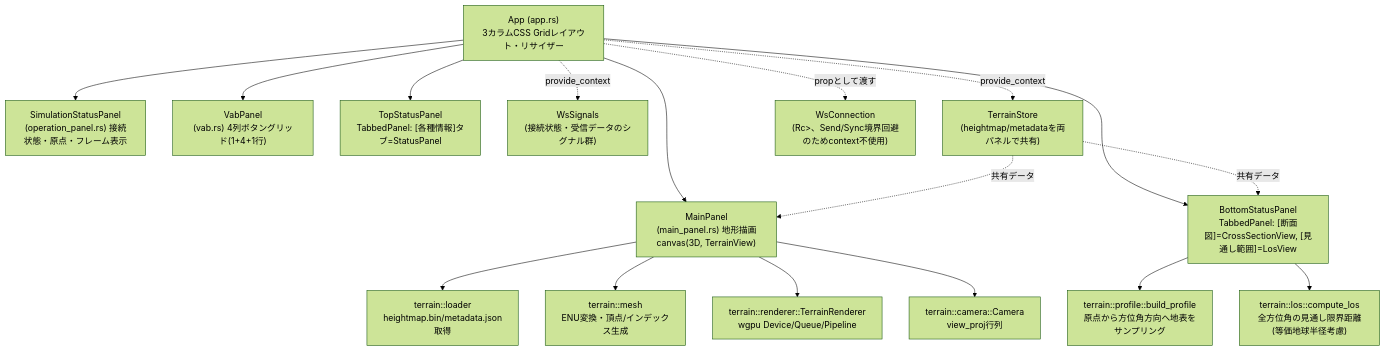
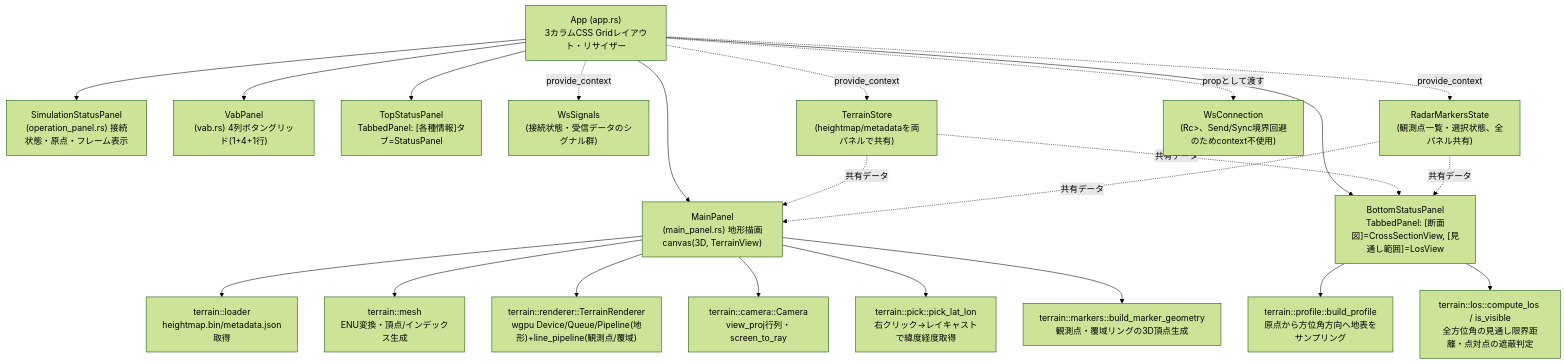
One commit to ham1a6/SimulationView changed the ninth of 17 diagrams in DETAILED_DESIGN.md. Above: the diagram before and after it, drawn with Mermaid (forest theme). The commit also changed other lines of this file and 16 other files, not shown here.

First line of the commit message:
見通し範囲をタブでの手入力から地図上の右クリック追加方式に再設計、断面図に覆域表示を追加

````diff
--- a/DETAILED_DESIGN.md
+++ b/DETAILED_DESIGN.md
@@ -643,22 +643,27 @@
 ```mermaid
 graph TD
     App["App (app.rs)<br/>3カラムCSS Gridレイアウト・リサイザー"]
     App --> SimulationStatusPanel["SimulationStatusPanel<br/>(operation_panel.rs) 接続状態・原点・フレーム表示"]
     App --> VabPanel["VabPanel<br/>(vab.rs) 4列ボタングリッド(1+4+1行)"]
     App --> MainPanel["MainPanel<br/>(main_panel.rs) 地形描画canvas(3D, TerrainView)"]
     App --> TopStatusPanel["TopStatusPanel<br/>TabbedPanel: [各種情報]タブ=StatusPanel"]
     App --> BottomStatusPanel["BottomStatusPanel<br/>TabbedPanel: [断面図]=CrossSectionView, [見通し範囲]=LosView"]
 
     App -.provide_context.-> WsSignals["WsSignals<br/>(接続状態・受信データのシグナル群)"]
     App -.provide_context.-> TerrainStore["TerrainStore<br/>(heightmap/metadataを両パネルで共有)"]
+    App -.provide_context.-> RadarMarkersState["RadarMarkersState<br/>(観測点一覧・選択状態、全パネル共有)"]
     App -.propとして渡す.-> WsConnection["WsConnection<br/>(Rc<RefCell<...>>、Send/Sync境界回避のためcontext不使用)"]
 
     MainPanel --> Loader["terrain::loader<br/>heightmap.bin/metadata.json取得"]
     MainPanel --> Mesh["terrain::mesh<br/>ENU変換・頂点/インデックス生成"]
-    MainPanel --> Renderer["terrain::renderer::TerrainRenderer<br/>wgpu Device/Queue/Pipeline"]
-    MainPanel --> Camera["terrain::camera::Camera<br/>view_proj行列"]
+    MainPanel --> Renderer["terrain::renderer::TerrainRenderer<br/>wgpu Device/Queue/Pipeline(地形)+line_pipeline(観測点/覆域)"]
+    MainPanel --> Camera["terrain::camera::Camera<br/>view_proj行列・screen_to_ray"]
+    MainPanel --> Pick["terrain::pick::pick_lat_lon<br/>右クリック→レイキャストで緯度経度取得"]
+    MainPanel --> Markers["terrain::markers::build_marker_geometry<br/>観測点・覆域リングの3D頂点生成"]
     BottomStatusPanel --> Profile["terrain::profile::build_profile<br/>原点から方位角方向へ地表をサンプリング"]
-    BottomStatusPanel --> Los["terrain::los::compute_los<br/>全方位角の見通し限界距離(等価地球半径考慮)"]
+    BottomStatusPanel --> Los["terrain::los::compute_los / is_visible<br/>全方位角の見通し限界距離・点対点の遮蔽判定"]
     TerrainStore -.共有データ.-> MainPanel
     TerrainStore -.共有データ.-> BottomStatusPanel
+    RadarMarkersState -.共有データ.-> MainPanel
+    RadarMarkersState -.共有データ.-> BottomStatusPanel
 ```
````
